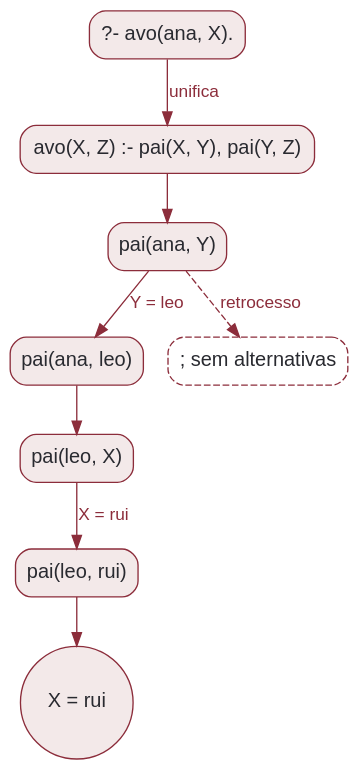
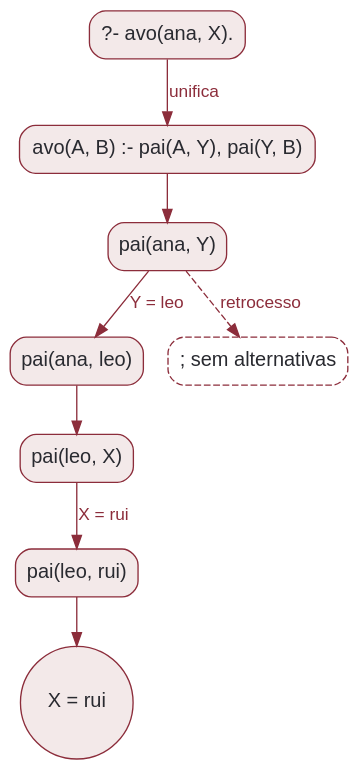
The diagram in src/content/pfl/p7sld.dot (rodrgds/resumos), drawn with Graphviz before and after one commit. The commit also changed 3 other files, not shown here.

Commit message:
Make PFL diagrams accurate and readable in narrow layouts

```diff
--- a/src/content/pfl/p7sld.dot
+++ b/src/content/pfl/p7sld.dot
@@ -1,20 +1,20 @@
 digraph Procura {
   graph [bgcolor="transparent", rankdir=TB, pad=0.2];
   node [shape=box, style="rounded,filled", fillcolor="#f3e9e9", color="#8c2d3b", fontcolor="#292a30", fontname="Arial", fontsize=15];
   edge [color="#8c2d3b", fontcolor="#8c2d3b", fontname="Arial", fontsize=13];
   query [label="?- avo(ana, X)."];
-  regra [label="avo(X, Z) :- pai(X, Y), pai(Y, Z)"];
+  regra [label="avo(A, B) :- pai(A, Y), pai(Y, B)"];
   g1 [label="pai(ana, Y)"];
   f1 [label="pai(ana, leo)"];
   g2 [label="pai(leo, X)"];
   f2 [label="pai(leo, rui)"];
   ok [label="X = rui", shape=circle];
   query -> regra [label="unifica"];
   regra -> g1;
   g1 -> f1 [label="Y = leo"];
   f1 -> g2;
   g2 -> f2 [label="X = rui"];
   f2 -> ok;
   resto [label="; sem alternativas", style="rounded,dashed"];
   g1 -> resto [style=dashed, label="retrocesso"];
 }
```
